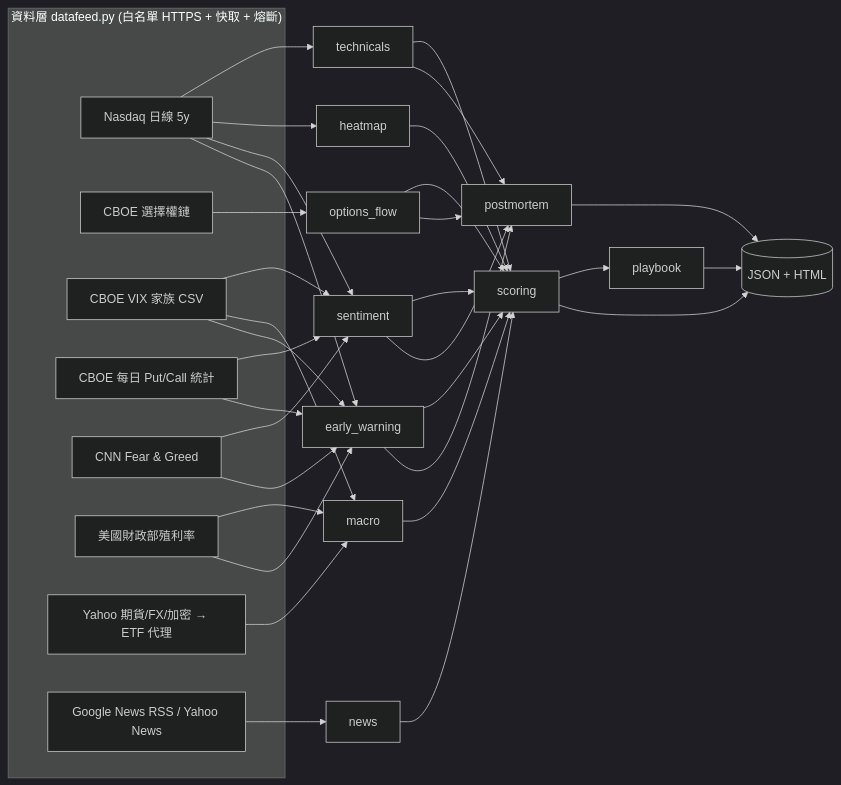
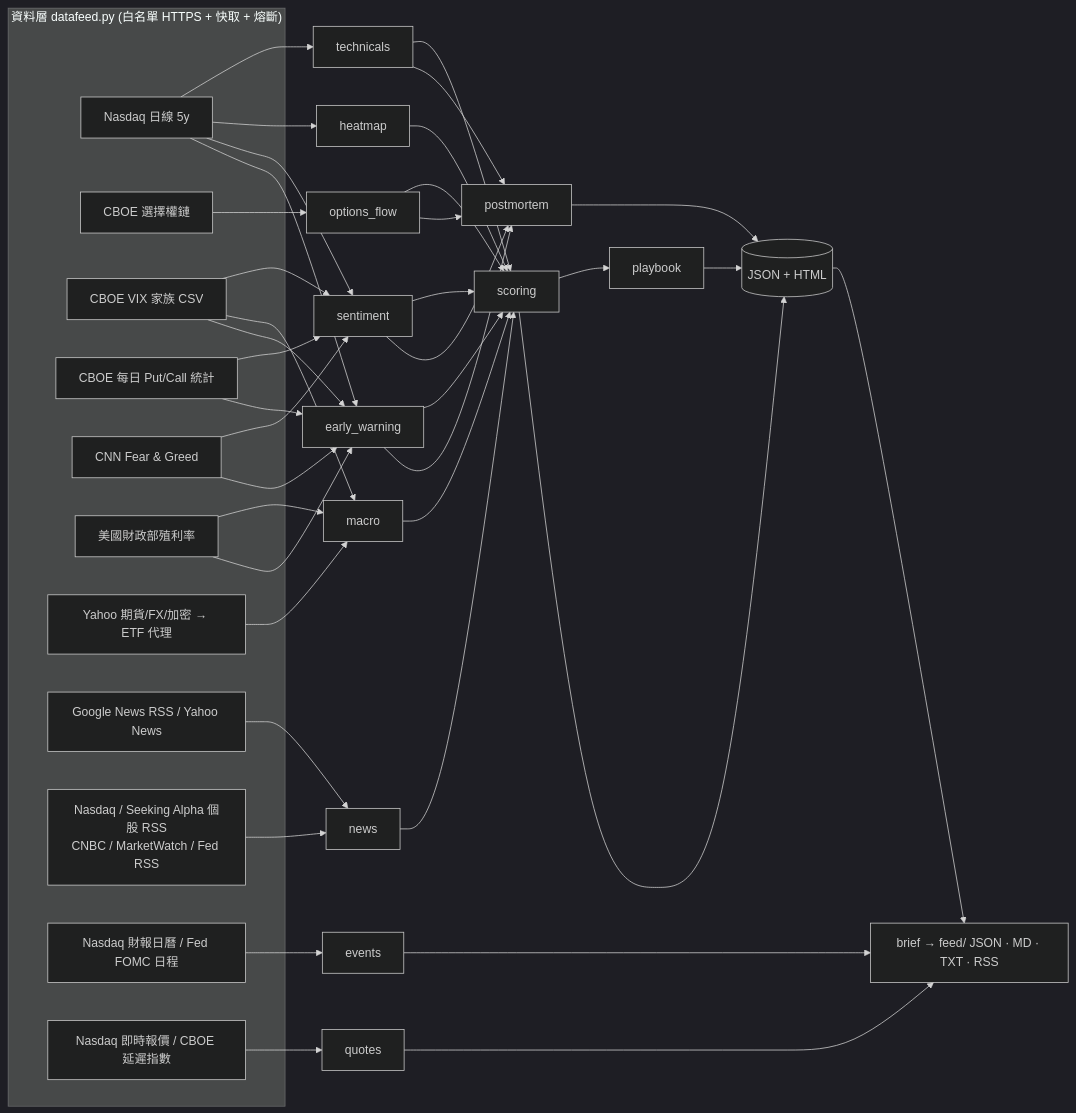
Before and after one commit to Corleonis6422/stock-dashboard: the first of 2 diagrams in README.md, drawn with Mermaid (dark theme). The commit also changed other lines of this file and 25 other files, not shown here.

````diff
--- a/README.md
+++ b/README.md
@@ -96,33 +118,39 @@
 ```mermaid
 flowchart LR
   subgraph Feeds["資料層 datafeed.py (白名單 HTTPS + 快取 + 熔斷)"]
     N[Nasdaq 日線 5y]
     C1[CBOE 選擇權鏈]
     C2[CBOE VIX 家族 CSV]
     C3[CBOE 每日 Put/Call 統計]
     F[CNN Fear & Greed]
     T[美國財政部殖利率]
     Y[Yahoo 期貨/FX/加密 → ETF 代理]
     G[Google News RSS / Yahoo News]
+    R[Nasdaq / Seeking Alpha 個股 RSS<br/>CNBC / MarketWatch / Fed RSS]
+    K[Nasdaq 財報日曆 / Fed FOMC 日程]
+    Q[Nasdaq 即時報價 / CBOE 延遲指數]
   end
   N --> TECH[technicals]
   N --> HM[heatmap]
   C1 --> OPT[options_flow]
   C2 --> SEN[sentiment]
   C3 --> SEN
   F --> SEN
   N --> SEN
   T --> MAC[macro]
   Y --> MAC
   C2 --> MAC
   N --> EWS[early_warning]
   C2 --> EWS
   F --> EWS
   C3 --> EWS
   T --> EWS
-  G --> NEWS[news]
+  G & R --> NEWS[news]
+  K --> EV[events]
+  Q --> QT[quotes]
   TECH & OPT & SEN & HM & MAC & EWS & NEWS --> SC[scoring]
   SC --> PB[playbook]
   TECH & SEN & EWS & OPT --> PM[postmortem]
   SC & PB & PM --> OUT[(JSON + HTML)]
+  OUT & EV & QT --> BR[brief → feed/ JSON · MD · TXT · RSS]
 ```
````
